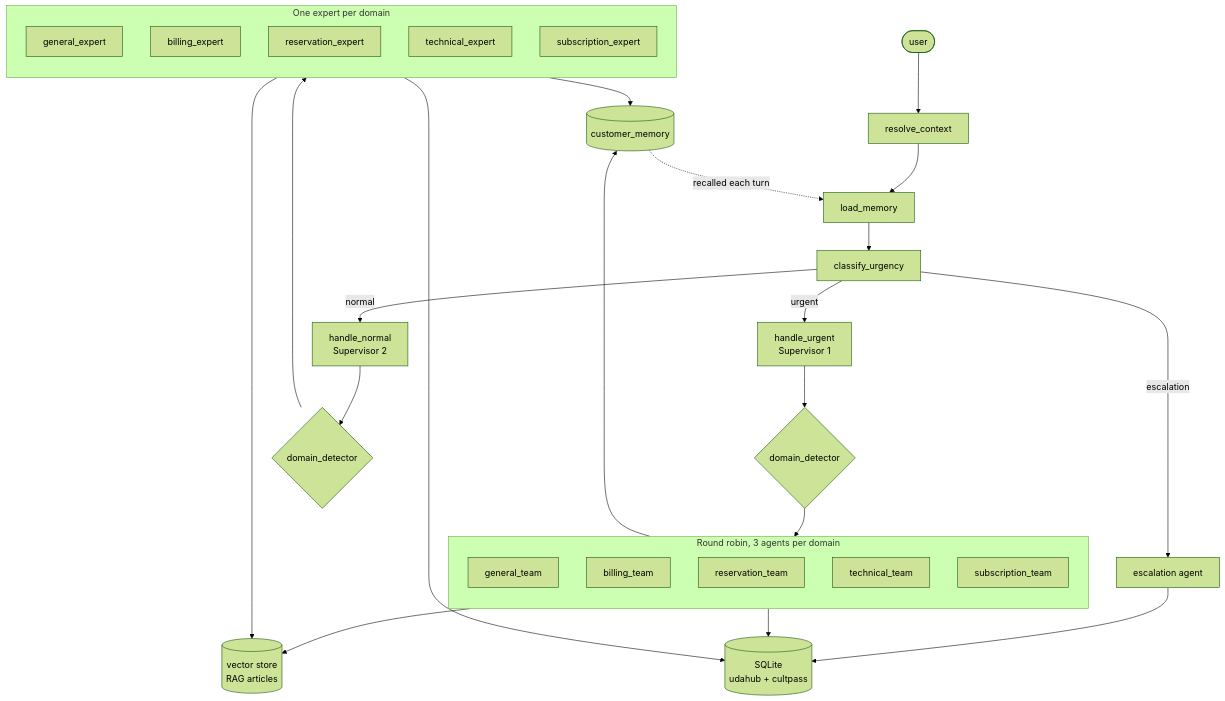
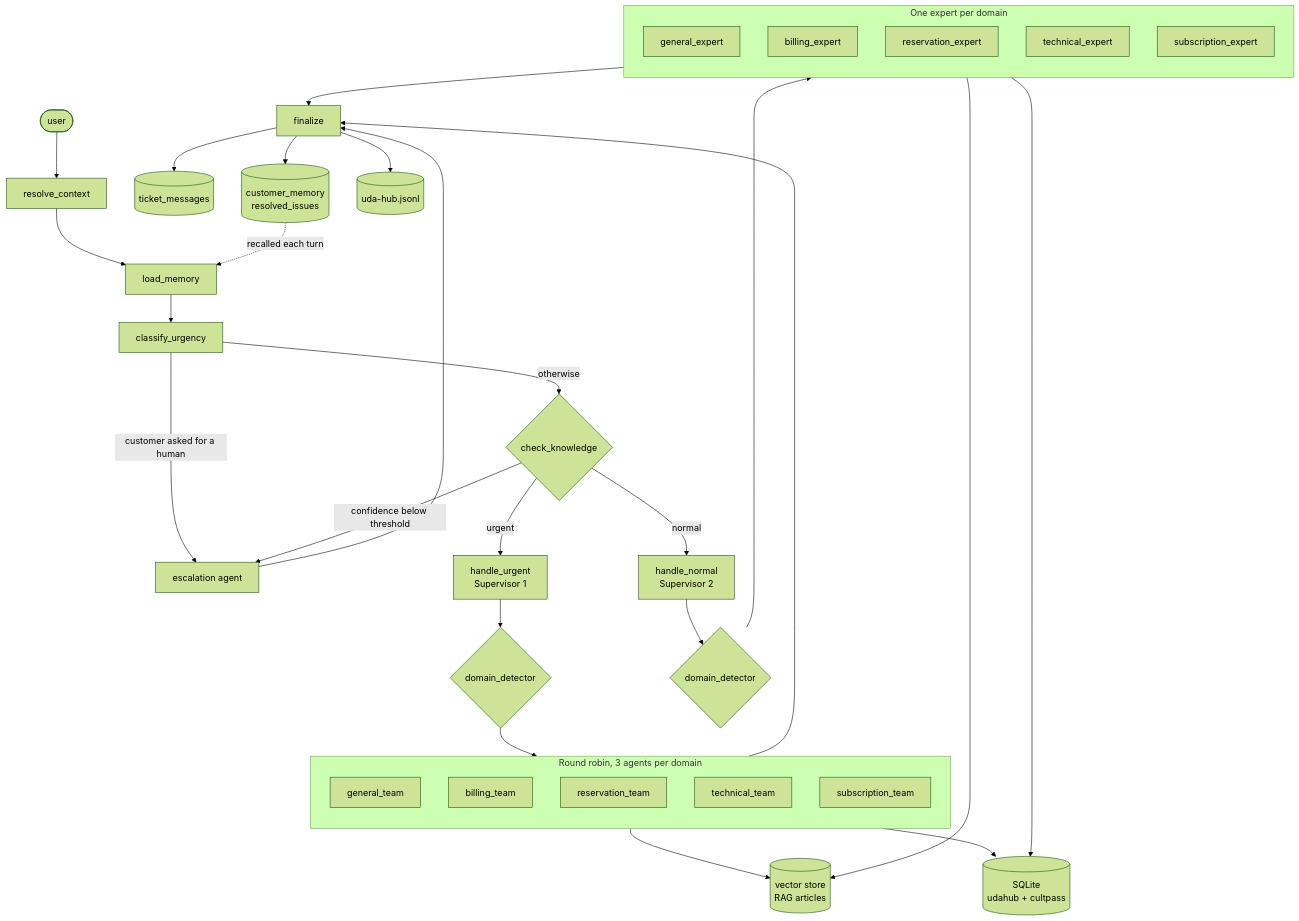
The diagram in solution/agentic/design/architecture.md (rishikeshF/customer_support_agent), drawn with Mermaid (forest theme) before and after one commit. The commit also changed other lines of this file and 17 other files, not shown here.

````diff
--- a/solution/agentic/design/architecture.md
+++ b/solution/agentic/design/architecture.md
@@ -8,43 +8,50 @@
 ```mermaid
 flowchart TD
     User([user]) --> Ctx[resolve_context]
     Ctx --> Mem[load_memory]
     Mem --> Classifier[classify_urgency]
 
-    Classifier -->|escalation| Escalation[escalation agent]
-    Classifier -->|urgent| Supervisor1[handle_urgent<br/>Supervisor 1]
-    Classifier -->|normal| Supervisor2[handle_normal<br/>Supervisor 2]
+    Classifier -->|customer asked for a human| Escalation[escalation agent]
+    Classifier -->|otherwise| Know{check_knowledge}
+
+    Know -->|confidence below threshold| Escalation
+    Know -->|urgent| Supervisor1[handle_urgent<br/>Supervisor 1]
+    Know -->|normal| Supervisor2[handle_normal<br/>Supervisor 2]
 
     Supervisor1 --> Domain1{domain_detector}
     Supervisor2 --> Domain2{domain_detector}
 
     Domain1 --> RR
     subgraph RR["Round robin, 3 agents per domain"]
         direction TB
         g[general_team]
         b[billing_team]
         r[reservation_team]
         t[technical_team]
         s[subscription_team]
     end
 
     Domain2 --> Experts
     subgraph Experts["One expert per domain"]
         direction TB
         ge[general_expert]
         be[billing_expert]
         re[reservation_expert]
         te[technical_expert]
         se[subscription_expert]
     end
 
     RR --> VectorDB[(vector store<br/>RAG articles)]
     RR --> SQLiteDB[(SQLite<br/>udahub + cultpass)]
     Experts --> VectorDB
     Experts --> SQLiteDB
-    Escalation --> SQLiteDB
 
-    RR --> LTM[(customer_memory)]
-    Experts --> LTM
+    RR --> Final[finalize]
+    Experts --> Final
+    Escalation --> Final
+
+    Final --> Ticket[(ticket_messages)]
+    Final --> LTM[(customer_memory<br/>resolved_issues)]
+    Final --> Log[(uda-hub.jsonl)]
     LTM -.recalled each turn.-> Mem
 ```
````
